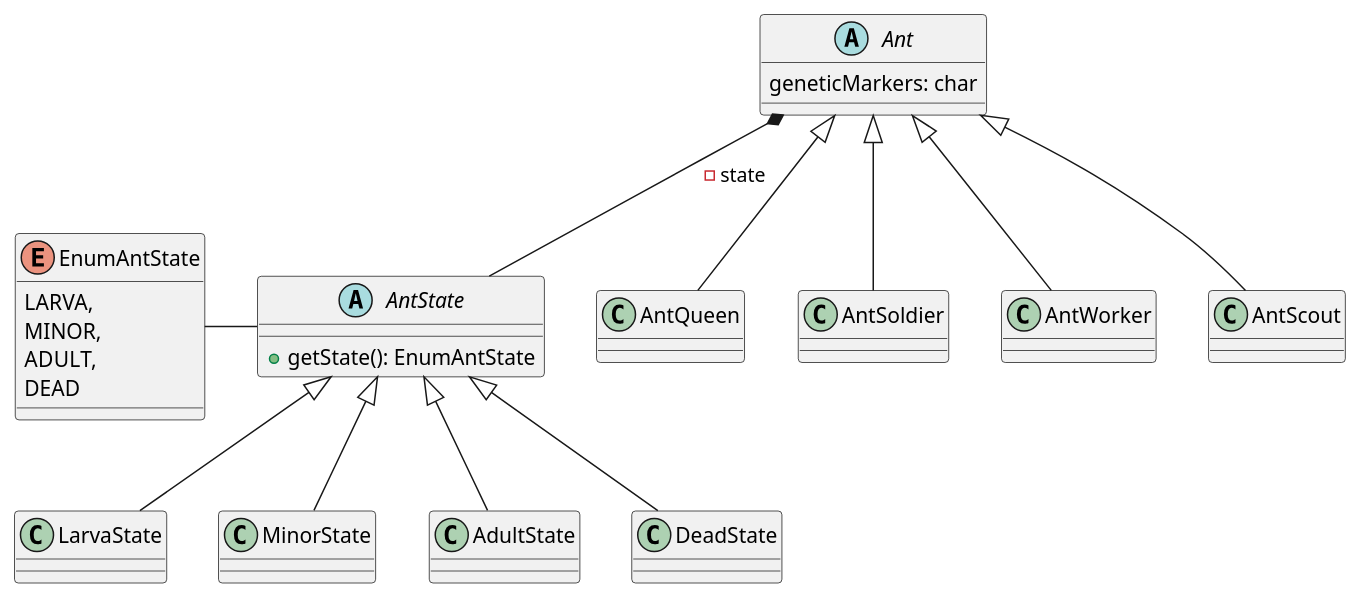
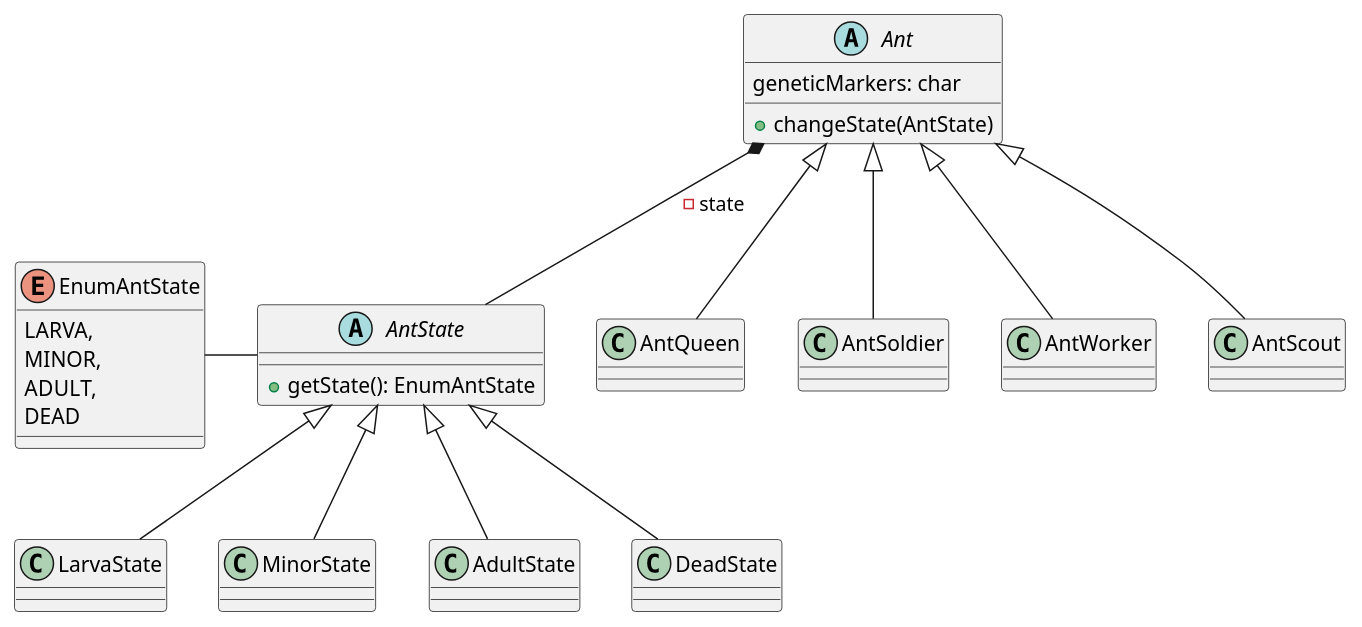
The diagram in uml/ant.puml (LEBOCQTitouan/ant-project-c-), drawn with PlantUML before and after one commit. The commit also changed 2 other files, not shown here.

```diff
--- a/uml/ant.puml
+++ b/uml/ant.puml
@@ -1,37 +1,36 @@
 @startuml
 
 
 abstract class Ant {
     geneticMarkers: char
+        + changeState(AntState)
 }
 
 enum EnumAntState {
     LARVA,
     MINOR,
     ADULT,
     DEAD
 }
 
 abstract class AntState {
     + getState(): EnumAntState
-
-
 }
 
 EnumAntState - AntState
 
 Ant *-- AntState: -state
 
 AntState <|-- LarvaState
 AntState <|-- MinorState
 AntState <|-- AdultState
 AntState <|-- DeadState
 
 
 Ant <|-- AntQueen
 Ant <|-- AntSoldier
 Ant <|-- AntWorker
 Ant <|-- AntScout
 
 
 @enduml
```
